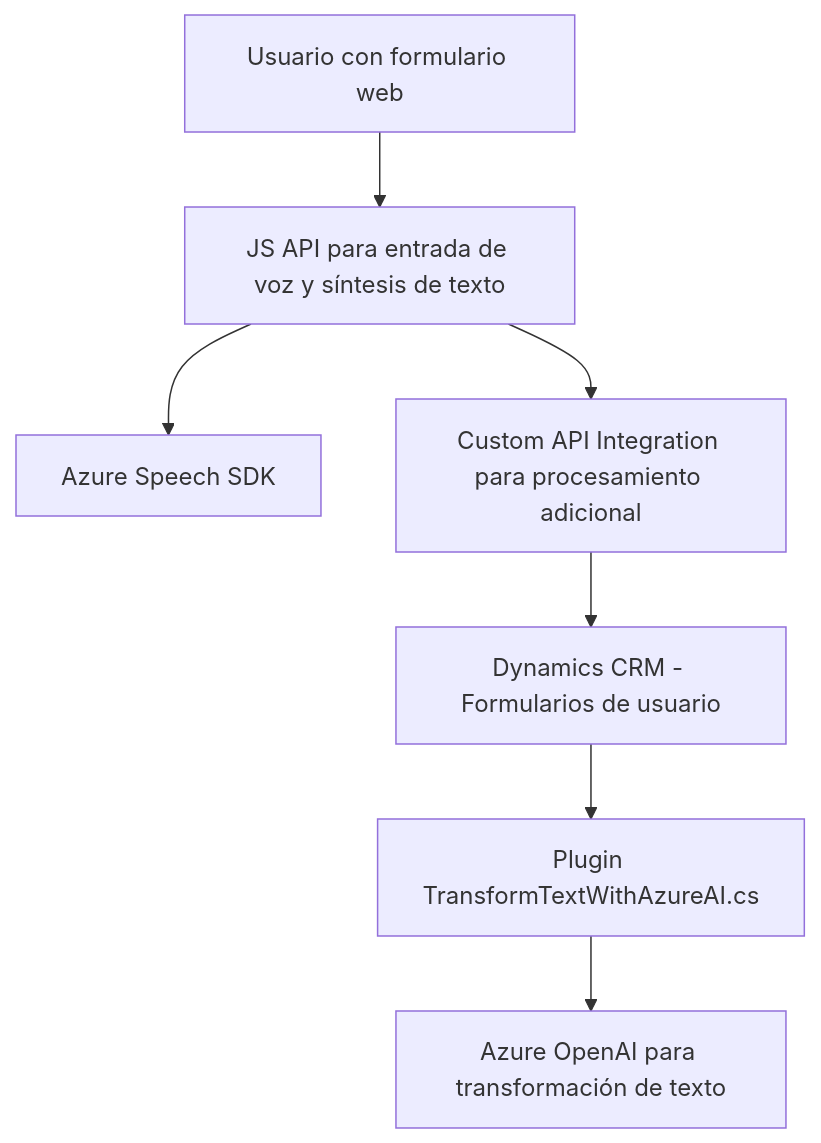
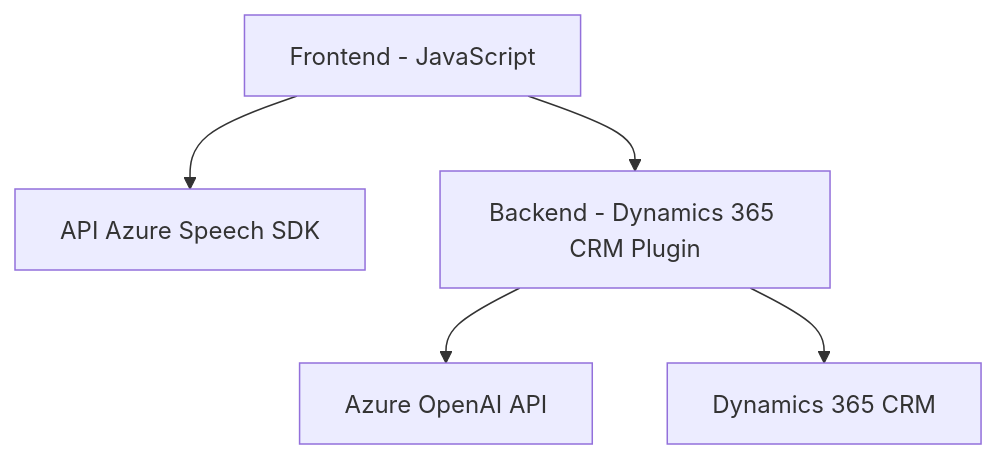
Before and after one commit to blopezdm/NETCORE_BILBAO2025: the diagram in README.md, drawn with Mermaid. The commit also changed other lines of this file, not shown here.

Commit message:
Actualizar análisis global de la solución con IA

````diff
--- a/README.md
+++ b/README.md
@@ -44,17 +45,7 @@
 ```mermaid
 graph TD
-    A["Usuario con formulario web"]
-    B["JS API para entrada de voz y síntesis de texto"]
-    C["Azure Speech SDK"]
-    D["Custom API Integration para procesamiento adicional"]
-    E["Dynamics CRM - Formularios de usuario"]
-    F["Plugin TransformTextWithAzureAI.cs"]
-    G["Azure OpenAI para transformación de texto"]
-
-    A --> B
-    B --> C
-    B --> D
-    D --> E
-    E --> F
-    F --> G
+    A["Frontend - JavaScript"] --> B["API Azure Speech SDK"]
+    A --> C["Backend - Dynamics 365 CRM Plugin"]
+    C --> D["Azure OpenAI API"]
+    C --> E["Dynamics 365 CRM"]
 ```
````
